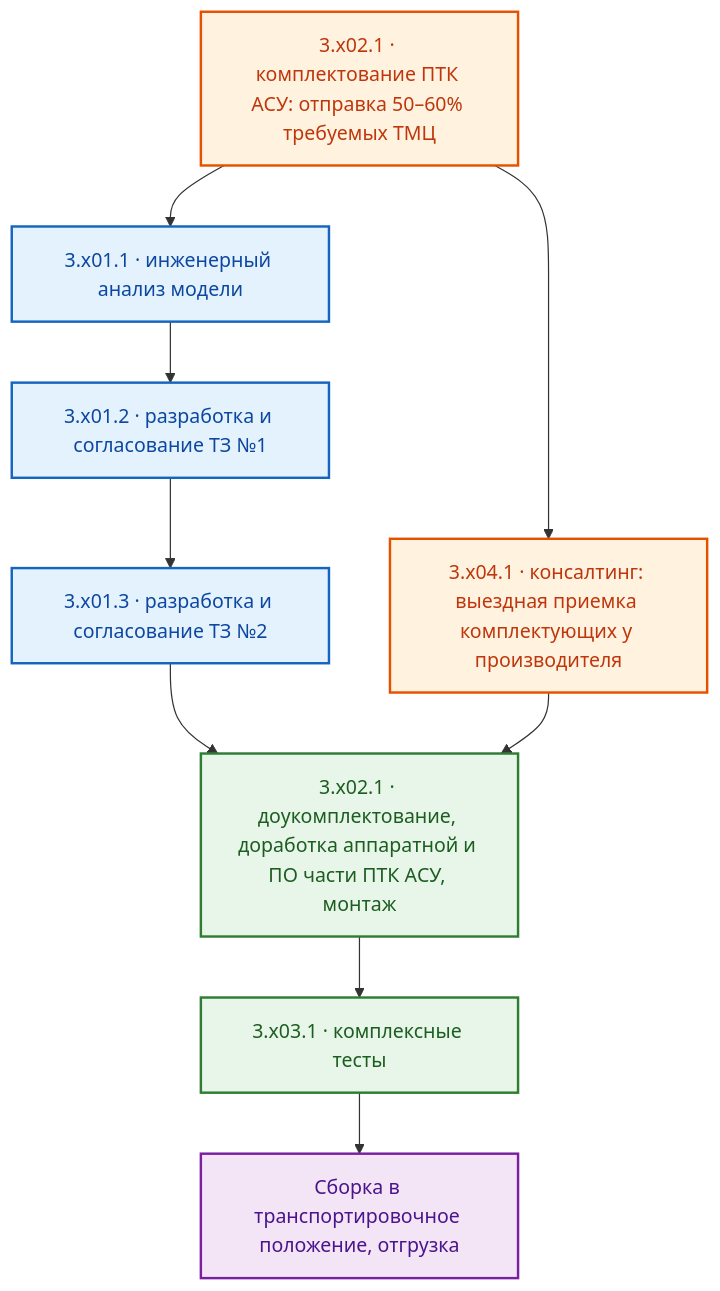
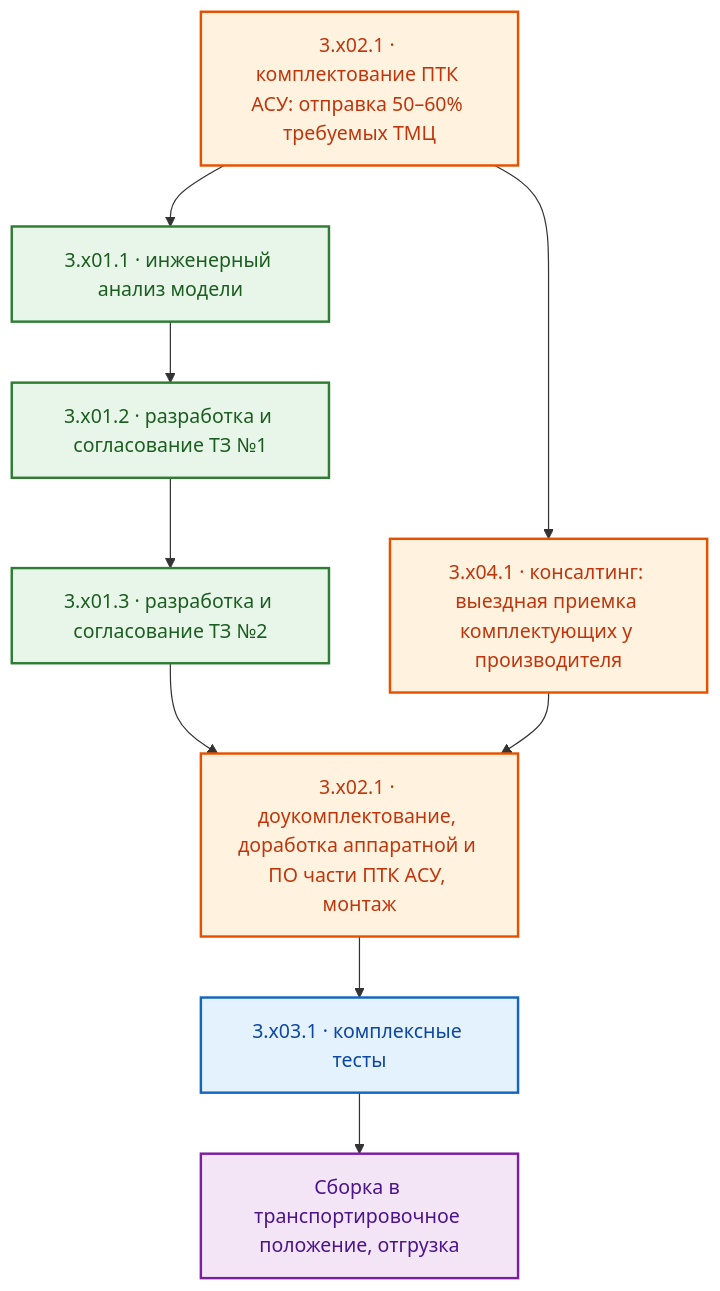
Before and after one commit to Konkery/Project-8_2026-N0-HORIZON: the fourth of 5 diagrams in 04__Договор/pre-contract-negotiations.md, drawn with Mermaid. The commit also changed other lines of this file and 5 other files, not shown here.

````diff
--- a/04__Договор/pre-contract-negotiations.md
+++ b/04__Договор/pre-contract-negotiations.md
@@ -414,17 +470,17 @@
 ```mermaid
 flowchart TD
     classDef storage fill:#E3F2FD,stroke:#1565C0,stroke-width:2px,color:#0D47A1;
     classDef engine  fill:#FFF3E0,stroke:#E65100,stroke-width:2px,color:#BF360C;
     classDef lib     fill:#E8F5E9,stroke:#2E7D32,stroke-width:2px,color:#1B5E20;
     classDef output  fill:#F3E5F5,stroke:#7B1FA2,stroke-width:2px,color:#4A148C;
 
     A[3.x02.1 · комплектование ПТК АСУ: отправка 50–60% требуемых ТМЦ]:::engine --> B
     A --> K[3.x04.1 · консалтинг: выездная приемка комплектующих у производителя]:::engine
-    B[3.x01.1 · инженерный анализ модели]:::storage --> C
-    C[3.x01.2 · разработка и согласование ТЗ №1]:::storage --> D
-    D[3.x01.3 · разработка и согласование ТЗ №2]:::storage --> E
+    B[3.x01.1 · инженерный анализ модели]:::lib --> C
+    C[3.x01.2 · разработка и согласование ТЗ №1]:::lib --> D
+    D[3.x01.3 · разработка и согласование ТЗ №2]:::lib --> E
     K --> E
-    E[3.x02.1 · доукомплектование, доработка аппаратной и ПО части ПТК АСУ, монтаж]:::lib --> F
-    F[3.x03.1 · комплексные тесты]:::lib --> G
+    E[3.x02.1 · доукомплектование, доработка аппаратной и ПО части ПТК АСУ, монтаж]:::engine --> F
+    F[3.x03.1 · комплексные тесты]:::storage --> G
     G[Сборка в транспортировочное положение, отгрузка]:::output
 ```
````
